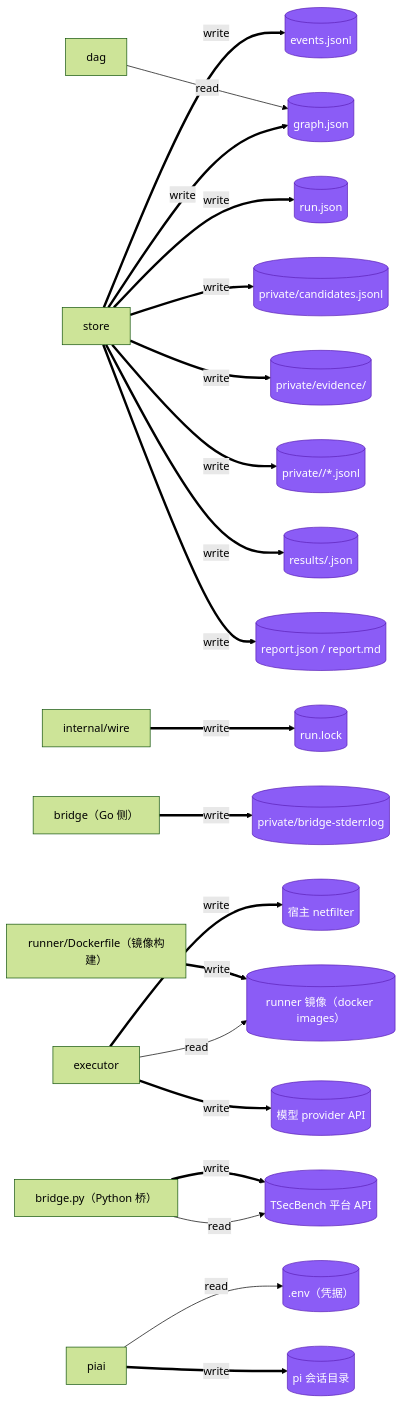
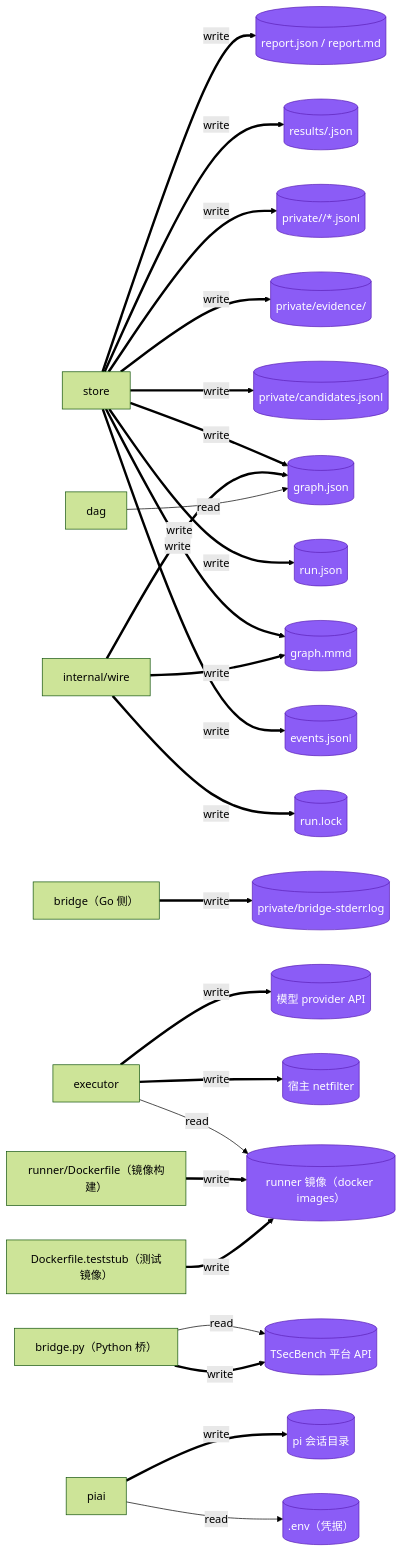
The diagram in analysis/red-harness/data-lineage.mmd (red-copilot/red-harness), drawn with Mermaid (forest theme) before and after one commit. The commit also changed 5 other files, not shown here.

```diff
--- a/analysis/red-harness/data-lineage.mmd
+++ b/analysis/red-harness/data-lineage.mmd
@@ -1,48 +1,55 @@
 graph LR
   %% 读写线（由 extract_topology.py 生成）。--> 读，==> 写。
-  %% 圆柱 = 数据存储。注意 store 是下面 8 个落点的唯一写者（单写者模型）。
+  %% 圆柱 = 数据存储。store 是绝大多数落点的写者，例外是图：
+  %% graph.json / graph.mmd 由装配层的 dagGraphSaver 驱动（store 提供方法，wire 提供装配）。
   n_store["store"]
   n_ds_events_jsonl[("events.jsonl")]
   n_ds_run_json[("run.json")]
   n_ds_graph_json[("graph.json")]
+  n_ds_graph_mmd[("graph.mmd")]
+  n_internal_wire["internal/wire"]
   n_ds_candidates_jsonl[("private/candidates.jsonl")]
   n_ds_evidence[("private/evidence/")]
   n_ds_private_trace[("private/<runID>/*.jsonl")]
   n_ds_results[("results/<runID>.json")]
   n_ds_report[("report.json / report.md")]
-  n_internal_wire["internal/wire"]
   n_ds_run_lock[("run.lock")]
   n_dag["dag"]
   n_bridge["bridge（Go 侧）"]
   n_ds_bridge_stderr[("private/bridge-stderr.log")]
   n_executor["executor"]
   n_ds_host_netfilter[("宿主 netfilter")]
   n_ds_runner_image[("runner 镜像（docker images）")]
   n_runner_Dockerfile["runner/Dockerfile（镜像构建）"]
+  n_runner_Dockerfile_teststub["Dockerfile.teststub（测试镜像）"]
   n_ds_provider_api[("模型 provider API")]
   n_bridge_bridge_py["bridge.py（Python 桥）"]
   n_ds_tsecbench_api[("TSecBench 平台 API")]
   n_piai["piai"]
   n_ds_env_file[(".env（凭据）")]
   n_ds_pi_session[("pi 会话目录")]
   n_store ==>|write| n_ds_events_jsonl
   n_store ==>|write| n_ds_run_json
   n_store ==>|write| n_ds_graph_json
+  n_store ==>|write| n_ds_graph_mmd
+  n_internal_wire ==>|write| n_ds_graph_json
+  n_internal_wire ==>|write| n_ds_graph_mmd
   n_store ==>|write| n_ds_candidates_jsonl
   n_store ==>|write| n_ds_evidence
   n_store ==>|write| n_ds_private_trace
   n_store ==>|write| n_ds_results
   n_store ==>|write| n_ds_report
   n_internal_wire ==>|write| n_ds_run_lock
   n_dag -->|read| n_ds_graph_json
   n_bridge ==>|write| n_ds_bridge_stderr
   n_executor ==>|write| n_ds_host_netfilter
   n_executor -->|read| n_ds_runner_image
   n_runner_Dockerfile ==>|write| n_ds_runner_image
+  n_runner_Dockerfile_teststub ==>|write| n_ds_runner_image
   n_executor ==>|write| n_ds_provider_api
   n_bridge_bridge_py -->|read| n_ds_tsecbench_api
   n_bridge_bridge_py ==>|write| n_ds_tsecbench_api
   n_piai -->|read| n_ds_env_file
   n_piai ==>|write| n_ds_pi_session
   classDef store fill:#8b5cf6,stroke:#5b21b6,color:#fff
-  class n_ds_events_jsonl,n_ds_run_json,n_ds_graph_json,n_ds_candidates_jsonl,n_ds_evidence,n_ds_private_trace,n_ds_results,n_ds_report,n_ds_run_lock,n_ds_bridge_stderr,n_ds_host_netfilter,n_ds_runner_image,n_ds_provider_api,n_ds_tsecbench_api,n_ds_env_file,n_ds_pi_session store
+  class n_ds_events_jsonl,n_ds_run_json,n_ds_graph_json,n_ds_graph_mmd,n_ds_candidates_jsonl,n_ds_evidence,n_ds_private_trace,n_ds_results,n_ds_report,n_ds_run_lock,n_ds_bridge_stderr,n_ds_host_netfilter,n_ds_runner_image,n_ds_provider_api,n_ds_tsecbench_api,n_ds_env_file,n_ds_pi_session store
```
